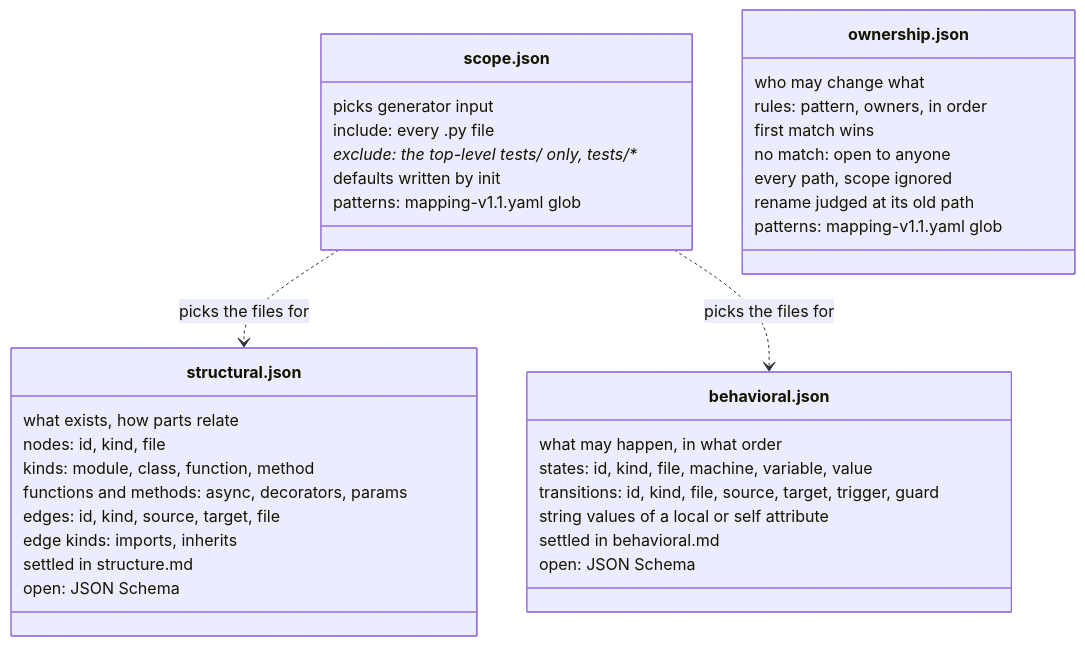
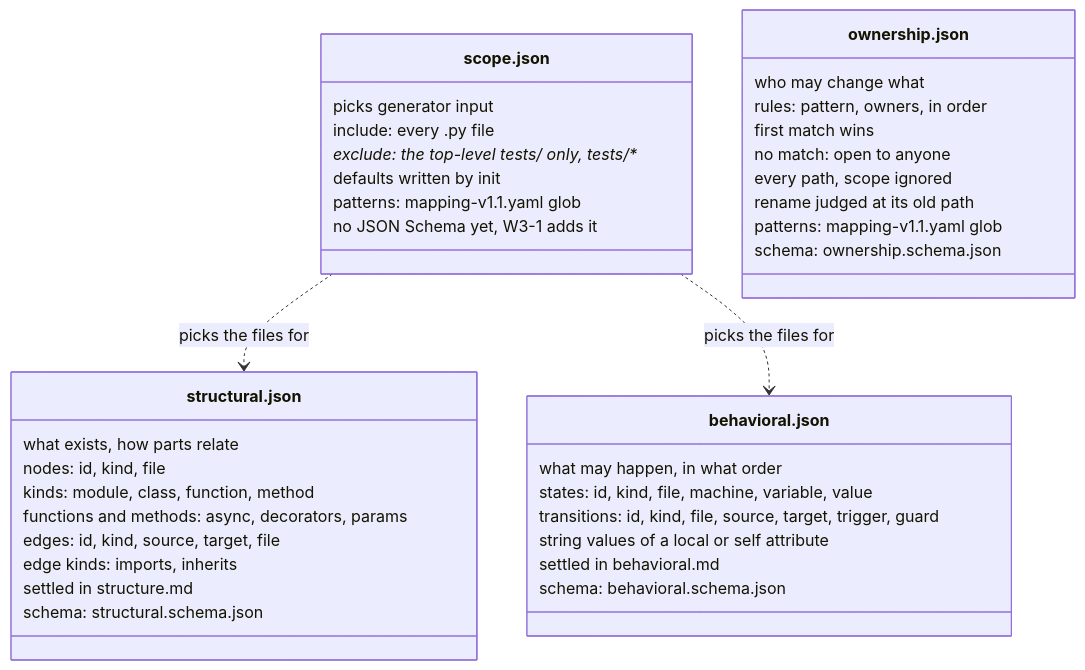
Before and after one commit to MuhammadSban/DocumentationModelDrifter: the diagram in docs/diagrams/models-folder.md, drawn with Mermaid. The commit also changed 3 other files, not shown here.

````diff
--- a/docs/diagrams/models-folder.md
+++ b/docs/diagrams/models-folder.md
@@ -7,43 +7,45 @@
 ```mermaid
 classDiagram
     accTitle: The four files in /models
-    accDescr: scope.json picks which files feed the structural and behavioral generators. structural.json holds nodes and edges, behavioral.json states and transitions, ownership.json an ordered list of rules. Open items are named in each box.
+    accDescr: scope.json picks which files feed the structural and behavioral generators. structural.json holds nodes and edges, behavioral.json states and transitions, ownership.json an ordered list of rules.
 
     class scope["scope.json"] {
         picks generator input
         include: every .py file
         exclude: the top-level tests/ only, tests/**
         defaults written by init
         patterns: mapping-v1.1.yaml glob
+        no JSON Schema yet, W3-1 adds it
     }
     class structural["structural.json"] {
         what exists, how parts relate
         nodes: id, kind, file
         kinds: module, class, function, method
         functions and methods: async, decorators, params
         edges: id, kind, source, target, file
         edge kinds: imports, inherits
         settled in structure.md
-        open: JSON Schema
+        schema: structural.schema.json
     }
     class behavioral["behavioral.json"] {
         what may happen, in what order
         states: id, kind, file, machine, variable, value
         transitions: id, kind, file, source, target, trigger, guard
         string values of a local or self attribute
         settled in behavioral.md
-        open: JSON Schema
+        schema: behavioral.schema.json
     }
     class ownership["ownership.json"] {
         who may change what
         rules: pattern, owners, in order
         first match wins
         no match: open to anyone
         every path, scope ignored
         rename judged at its old path
         patterns: mapping-v1.1.yaml glob
+        schema: ownership.schema.json
     }
 
     scope ..> structural : picks the files for
     scope ..> behavioral : picks the files for
 ```
````
